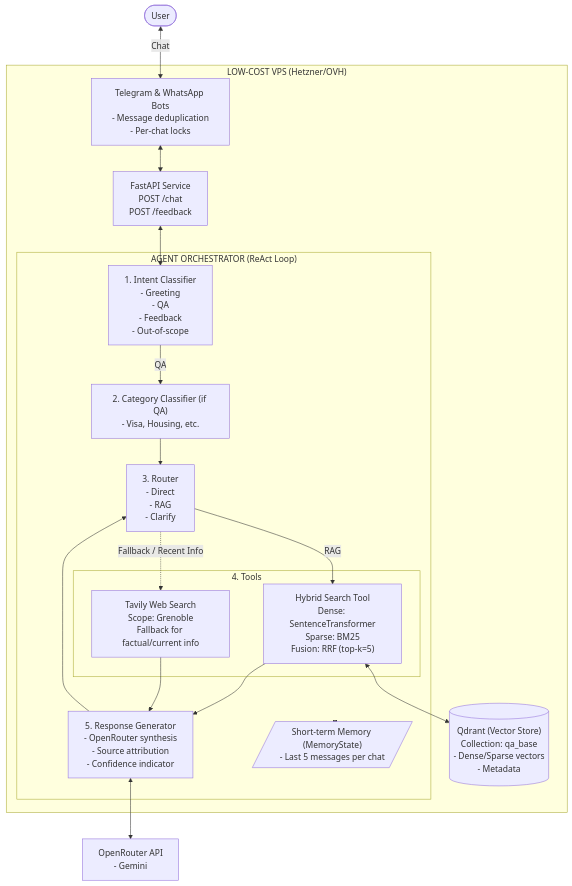
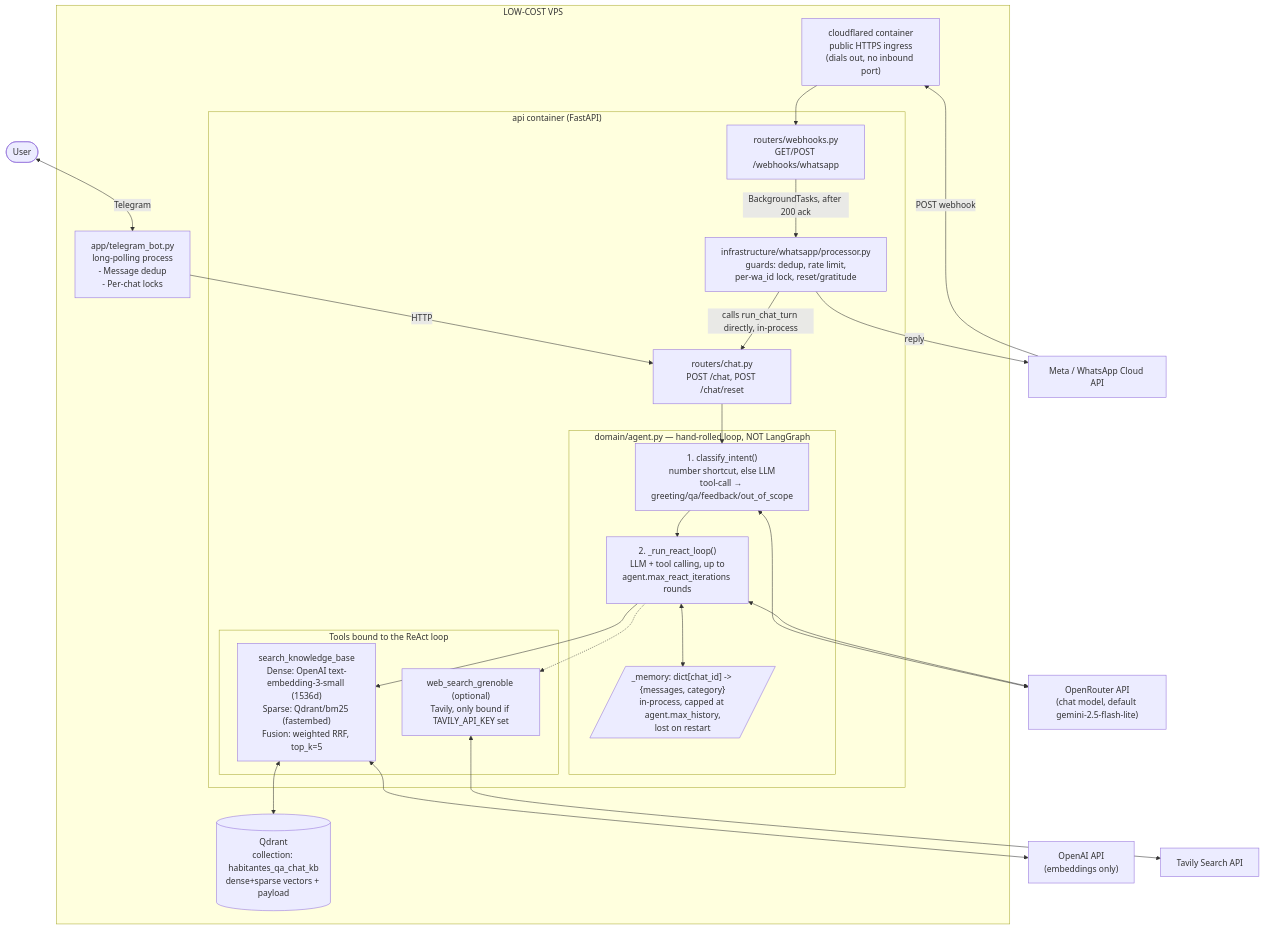
One commit to jooaobrum/habitantes-grenoble-agent changed the first of 5 diagrams in docs/ARCHITECTURE.md. Above: the diagram before and after it, drawn with Mermaid. The commit also changed other lines of this file and 45 other files, not shown here.

````diff
--- a/docs/ARCHITECTURE.md
+++ b/docs/ARCHITECTURE.md
@@ -9,42 +9,51 @@
 ```mermaid
 flowchart TD
     User([User])
 
-    subgraph VPS["LOW-COST VPS (Hetzner/OVH)"]
-        TG["Telegram & WhatsApp Bots<br>- Message deduplication<br>- Per-chat locks"]
-        API["FastAPI Service<br>POST /chat<br>POST /feedback"]
+    subgraph VPS["LOW-COST VPS"]
+        TGBot["app/telegram_bot.py<br>long-polling process<br>- Message dedup<br>- Per-chat locks"]
+        CF["cloudflared container<br>public HTTPS ingress<br>(dials out, no inbound port)"]
 
-        subgraph Agent["AGENT ORCHESTRATOR (ReAct Loop)"]
-            Intent["1. Intent Classifier<br>- Greeting<br>- QA<br>- Feedback<br>- Out-of-scope"]
-            Category["2. Category Classifier (if QA)<br>- Visa, Housing, etc."]
-            Router["3. Router<br>- Direct<br>- RAG<br>- Clarify"]
+        subgraph API["api container (FastAPI)"]
+            Webhook["routers/webhooks.py<br>GET/POST /webhooks/whatsapp"]
+            Processor["infrastructure/whatsapp/processor.py<br>guards: dedup, rate limit,<br>per-wa_id lock, reset/gratitude"]
+            ChatRouter["routers/chat.py<br>POST /chat, POST /chat/reset"]
 
-            subgraph Tools["4. Tools"]
-                Search["Hybrid Search Tool<br>Dense: SentenceTransformer<br>Sparse: BM25<br>Fusion: RRF (top-k=5)"]
-                WebSearch["Tavily Web Search<br>Scope: Grenoble<br>Fallback for factual/current info"]
+            subgraph Agent["domain/agent.py — hand-rolled loop, NOT LangGraph"]
+                Intent["1. classify_intent()<br>number shortcut, else LLM<br>tool-call → greeting/qa/feedback/out_of_scope"]
+                React["2. _run_react_loop()<br>LLM + tool calling, up to<br>agent.max_react_iterations rounds"]
+                Memory[/"_memory: dict[chat_id] -> {messages, category}<br>in-process, capped at agent.max_history,<br>lost on restart"/]
             end
 
-            Gen["5. Response Generator<br>- OpenRouter synthesis<br>- Source attribution<br>- Confidence indicator"]
-            Memory[/"Short-term Memory (MemoryState)<br>- Last 5 messages per chat"/]
+            subgraph Tools["Tools bound to the ReAct loop"]
+                Search["search_knowledge_base<br>Dense: OpenAI text-embedding-3-small (1536d)<br>Sparse: Qdrant/bm25 (fastembed)<br>Fusion: weighted RRF, top_k=5"]
+                WebSearch["web_search_grenoble (optional)<br>Tavily, only bound if TAVILY_API_KEY set"]
+            end
         end
 
-        DB[("Qdrant (Vector Store)<br>Collection: qa_base<br>- Dense/Sparse vectors<br>- Metadata")]
+        DB[("Qdrant<br>collection: habitantes_qa_chat_kb<br>dense+sparse vectors + payload")]
     end
 
-    OAI["OpenRouter API<br>- Gemini"]
+    OR["OpenRouter API<br>(chat model, default gemini-2.5-flash-lite)"]
+    OAI["OpenAI API<br>(embeddings only)"]
+    Tavily["Tavily Search API"]
+    Meta["Meta / WhatsApp Cloud API"]
 
-    User <-->|Chat| TG
-    TG <--> API
-    API <--> Intent
-    Intent -->|QA| Category
-    Category --> Router
-    Router -->|RAG| Search
-    Router -.->|Fallback / Recent Info| WebSearch
-    Search --> Gen
-    WebSearch --> Gen
-    Gen --> Router
+    User <-->|Telegram| TGBot
+    TGBot -->|HTTP| ChatRouter
+    Meta -->|POST webhook| CF --> Webhook
+    Webhook -->|BackgroundTasks, after 200 ack| Processor
+    Processor -->|calls run_chat_turn directly, in-process| ChatRouter
+    Processor -->|reply| Meta
 
+    ChatRouter --> Intent
+    Intent --> React
+    React <--> Memory
+    React --> Search
+    React -.-> WebSearch
     Search <--> DB
-    Gen <--> OAI
-    Agent <--> Memory
+    Intent <--> OR
+    React <--> OR
+    Search <--> OAI
+    WebSearch <--> Tavily
 ```
````
